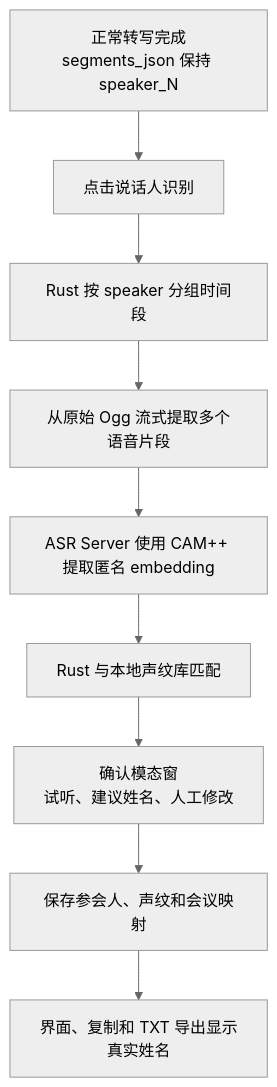
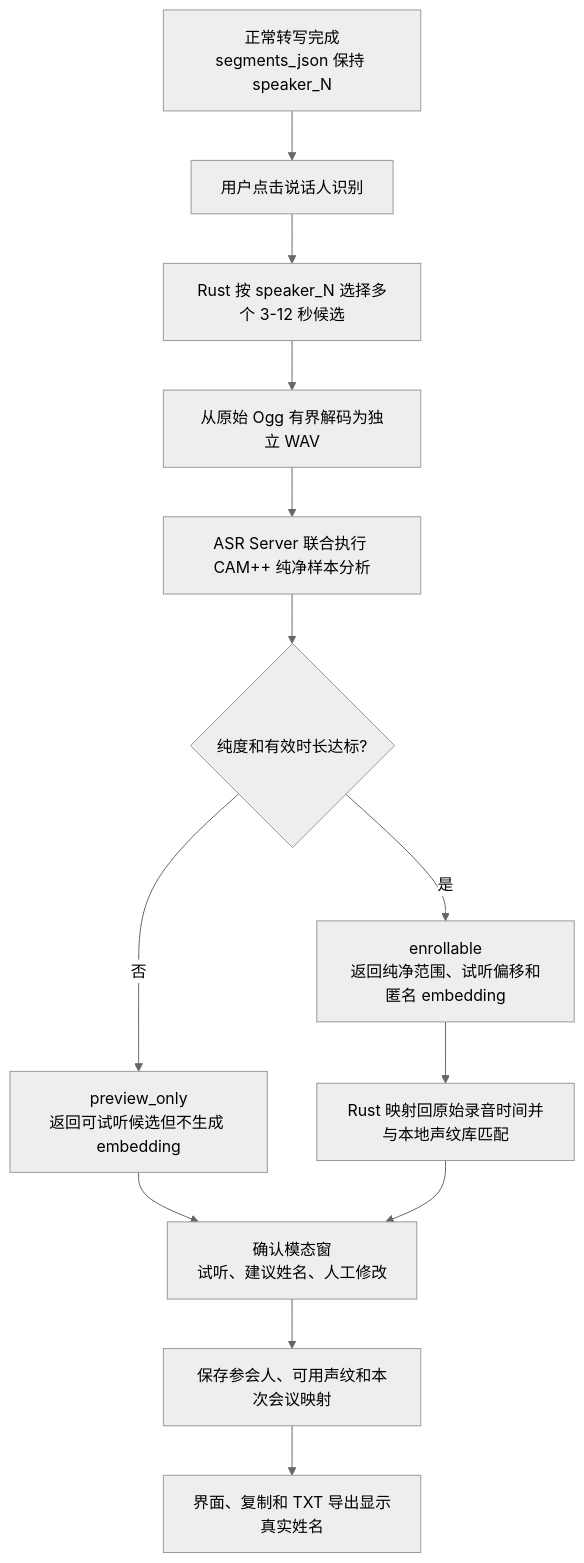
Before and after one commit to kwp-lab/nota: the first of 2 diagrams in docs/speaker-identification.md, drawn with Mermaid (neutral theme). The commit also changed other lines of this file and 17 other files, not shown here.

````diff
--- a/docs/speaker-identification.md
+++ b/docs/speaker-identification.md
@@ -13,11 +13,15 @@
 ```mermaid
 flowchart TD
-    A["正常转写完成<br/>segments_json 保持 speaker_N"] --> B["点击说话人识别"]
-    B --> C["Rust 按 speaker 分组时间段"]
-    C --> D["从原始 Ogg 流式提取多个语音片段"]
-    D --> E["ASR Server 使用 CAM++ 提取匿名 embedding"]
-    E --> F["Rust 与本地声纹库匹配"]
-    F --> G["确认模态窗<br/>试听、建议姓名、人工修改"]
-    G --> H["保存参会人、声纹和会议映射"]
-    H --> I["界面、复制和 TXT 导出显示真实姓名"]
+    A["正常转写完成<br/>segments_json 保持 speaker_N"] --> B["用户点击说话人识别"]
+    B --> C["Rust 按 speaker_N 选择多个 3-12 秒候选"]
+    C --> D["从原始 Ogg 有界解码为独立 WAV"]
+    D --> E["ASR Server 联合执行 CAM++ 纯净样本分析"]
+    E --> F{"纯度和有效时长达标?"}
+    F -- "否" --> G["preview_only<br/>返回可试听候选但不生成 embedding"]
+    F -- "是" --> H["enrollable<br/>返回纯净范围、试听偏移和匿名 embedding"]
+    H --> I["Rust 映射回原始录音时间并与本地声纹库匹配"]
+    G --> J["确认模态窗<br/>试听、建议姓名、人工修改"]
+    I --> J
+    J --> K["保存参会人、可用声纹和本次会议映射"]
+    K --> L["界面、复制和 TXT 导出显示真实姓名"]
 ```
````
